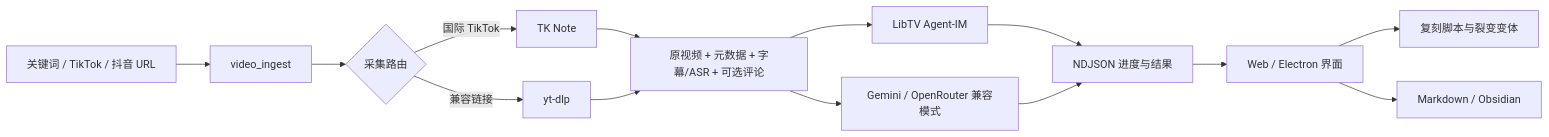
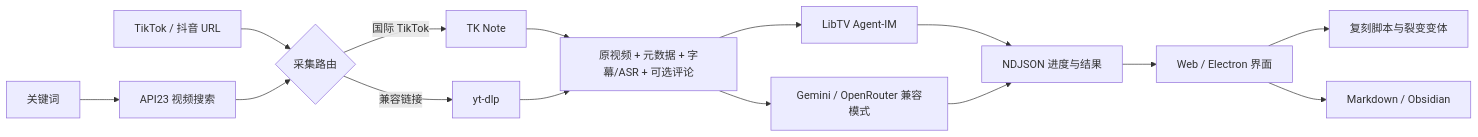
The diagram in README.md (chongchonghaoman/ViralX), drawn with Mermaid before and after one commit. The commit also changed other lines of this file and 10 other files, not shown here.

````diff
--- a/README.md
+++ b/README.md
@@ -52,16 +53,17 @@
 ```mermaid
 flowchart LR
-    A[关键词 / TikTok / 抖音 URL] --> B[video_ingest]
-    B --> C{采集路由}
+    A[关键词] --> B[API23 视频搜索]
+    U[TikTok / 抖音 URL] --> C{采集路由}
+    B --> C
     C -->|国际 TikTok| D[TK Note]
     C -->|兼容链接| E[yt-dlp]
     D --> F[原视频 + 元数据 + 字幕/ASR + 可选评论]
     E --> F
     F --> G[LibTV Agent-IM]
     F --> H[Gemini / OpenRouter 兼容模式]
     G --> I[NDJSON 进度与结果]
     H --> I
     I --> J[Web / Electron 界面]
     J --> K[复刻脚本与裂变变体]
     J --> L[Markdown / Obsidian]
 ```
````
